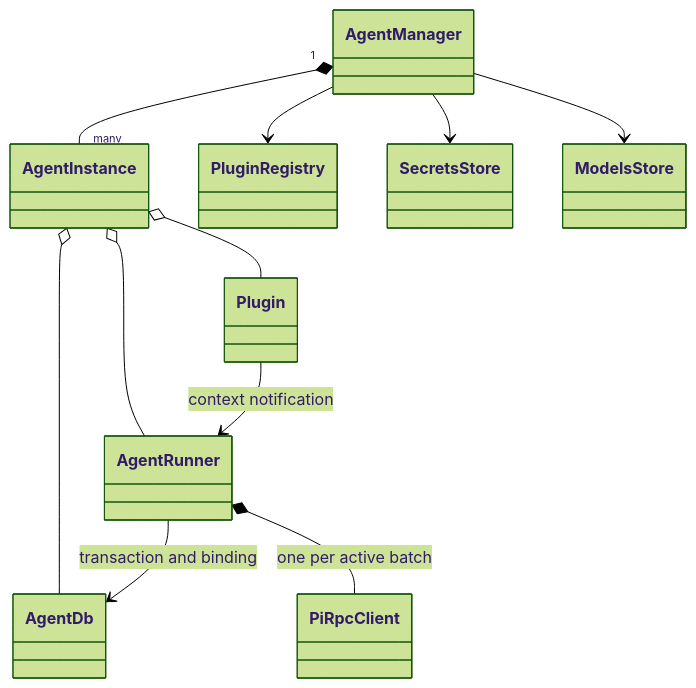
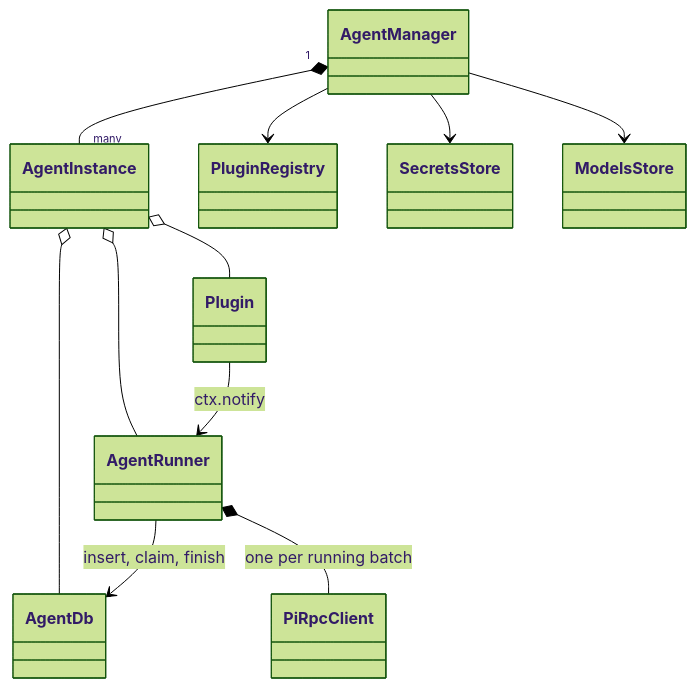
One commit to cognisphere-sh/cognisphere-harness changed the first of 7 diagrams in docs/low-level/core.md. Above: the diagram before and after it, drawn with Mermaid (forest theme). The commit also changed other lines of this file and 19 other files, not shown here.

First line of the commit message:
Update core implementation roadmap with revised delivery order and agent configuration details

````diff
--- a/docs/low-level/core.md
+++ b/docs/low-level/core.md
@@ -24,13 +44,13 @@
 ```mermaid
 classDiagram
     AgentManager "1" *-- "many" AgentInstance
     AgentManager --> PluginRegistry
     AgentManager --> SecretsStore
     AgentManager --> ModelsStore
     AgentInstance o-- AgentRunner
     AgentInstance o-- AgentDb
     AgentInstance o-- Plugin
-    Plugin --> AgentRunner : context notification
-    AgentRunner --> AgentDb : transaction and binding
-    AgentRunner *-- PiRpcClient : one per active batch
+    Plugin --> AgentRunner : ctx.notify
+    AgentRunner --> AgentDb : insert, claim, finish
+    AgentRunner *-- PiRpcClient : one per running batch
 ```
````
